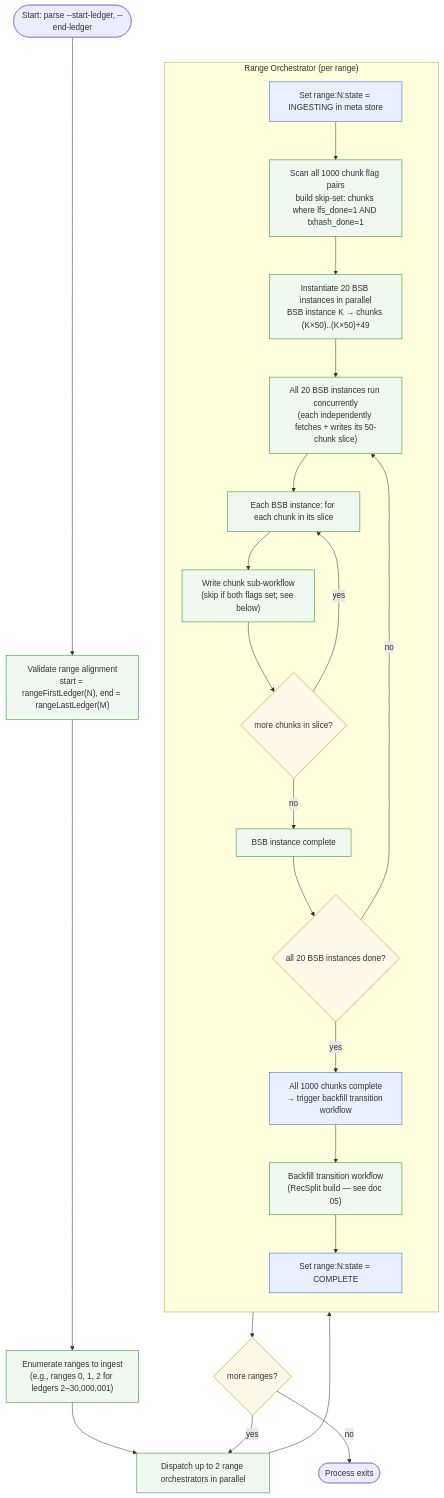
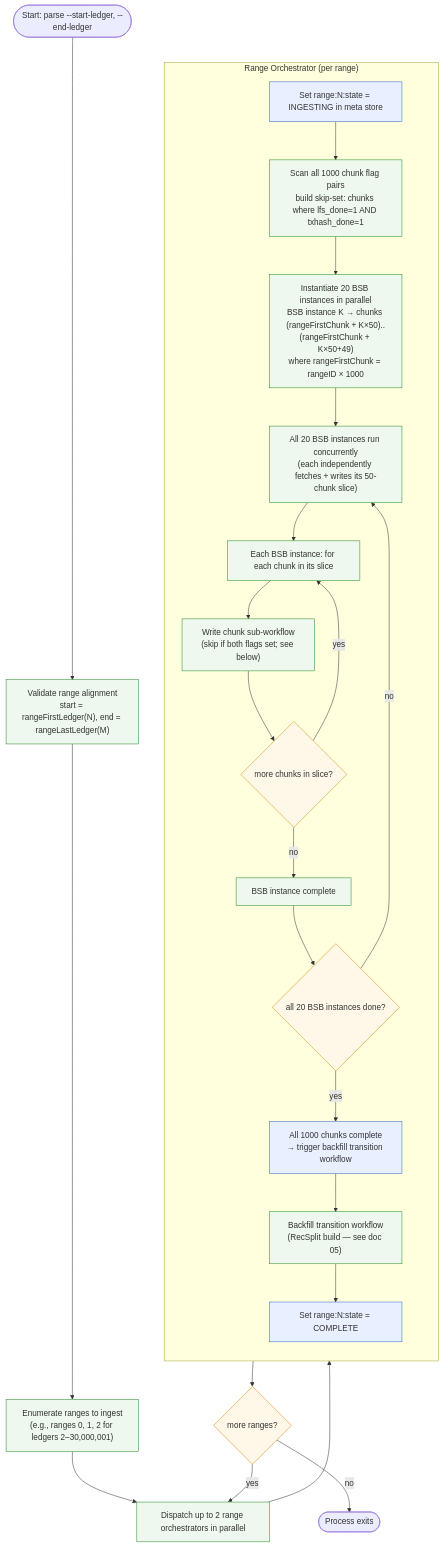
The first of 4 diagrams in design-docs-v2/03-backfill-workflow.md (karthikiyer56/stellar-full-history-ingestion), drawn with Mermaid before and after one commit. The commit also changed other lines of this file and 10 other files, not shown here.

````diff
--- a/design-docs-v2/03-backfill-workflow.md
+++ b/design-docs-v2/03-backfill-workflow.md
@@ -22,33 +22,33 @@
 ```mermaid
 flowchart TD
     classDef decision fill:#fff8e8,stroke:#cc8800
     classDef action fill:#eef8ee,stroke:#228b22
     classDef state fill:#e8f0ff,stroke:#3366cc
 
     START(["Start: parse --start-ledger, --end-ledger"]) --> VALIDATE["Validate range alignment<br/>start = rangeFirstLedger(N), end = rangeLastLedger(M)"]:::action
     VALIDATE --> RANGES["Enumerate ranges to ingest<br/>(e.g., ranges 0, 1, 2 for ledgers 2–30,000,001)"]:::action
     RANGES --> DISPATCH["Dispatch up to 2 range orchestrators in parallel"]:::action
 
     subgraph ORCHESTRATOR["Range Orchestrator (per range)"]
         direction TB
         INIT["Set range:N:state = INGESTING in meta store"]:::state
         INIT --> SCAN["Scan all 1000 chunk flag pairs<br/>build skip-set: chunks where lfs_done=1 AND txhash_done=1"]:::action
-        SCAN --> BSB_INIT["Instantiate 20 BSB instances in parallel<br/>BSB instance K → chunks (K×50)..(K×50)+49"]:::action
+        SCAN --> BSB_INIT["Instantiate 20 BSB instances in parallel<br/>BSB instance K → chunks (rangeFirstChunk + K×50)..(rangeFirstChunk + K×50+49)<br/>where rangeFirstChunk = rangeID × 1000"]:::action
         BSB_INIT --> BSB_PARALLEL["All 20 BSB instances run concurrently<br/>(each independently fetches + writes its 50-chunk slice)"]:::action
         BSB_PARALLEL --> CHUNK_LOOP["Each BSB instance: for each chunk in its slice"]:::action
         CHUNK_LOOP --> WRITE_CHUNK["Write chunk sub-workflow<br/>(skip if both flags set; see below)"]:::action
         WRITE_CHUNK --> MORE_CHUNKS{more chunks in slice?}:::decision
         MORE_CHUNKS -->|yes| CHUNK_LOOP
         MORE_CHUNKS -->|no| BSB_DONE["BSB instance complete"]:::action
         BSB_DONE --> ALL_DONE{all 20 BSB instances done?}:::decision
         ALL_DONE -->|no| BSB_PARALLEL
         ALL_DONE -->|yes| ALL_CHUNKS_DONE["All 1000 chunks complete<br/>→ trigger backfill transition workflow"]:::state
         ALL_CHUNKS_DONE --> TRANSITION["Backfill transition workflow<br/>(RecSplit build — see doc 05)"]:::action
         TRANSITION --> RANGE_DONE["Set range:N:state = COMPLETE"]:::state
     end
 
     DISPATCH --> ORCHESTRATOR
     RANGE_DONE --> NEXT_RANGE{more ranges?}:::decision
     NEXT_RANGE -->|yes| DISPATCH
     NEXT_RANGE -->|no| EXIT(["Process exits"])
 ```
````
